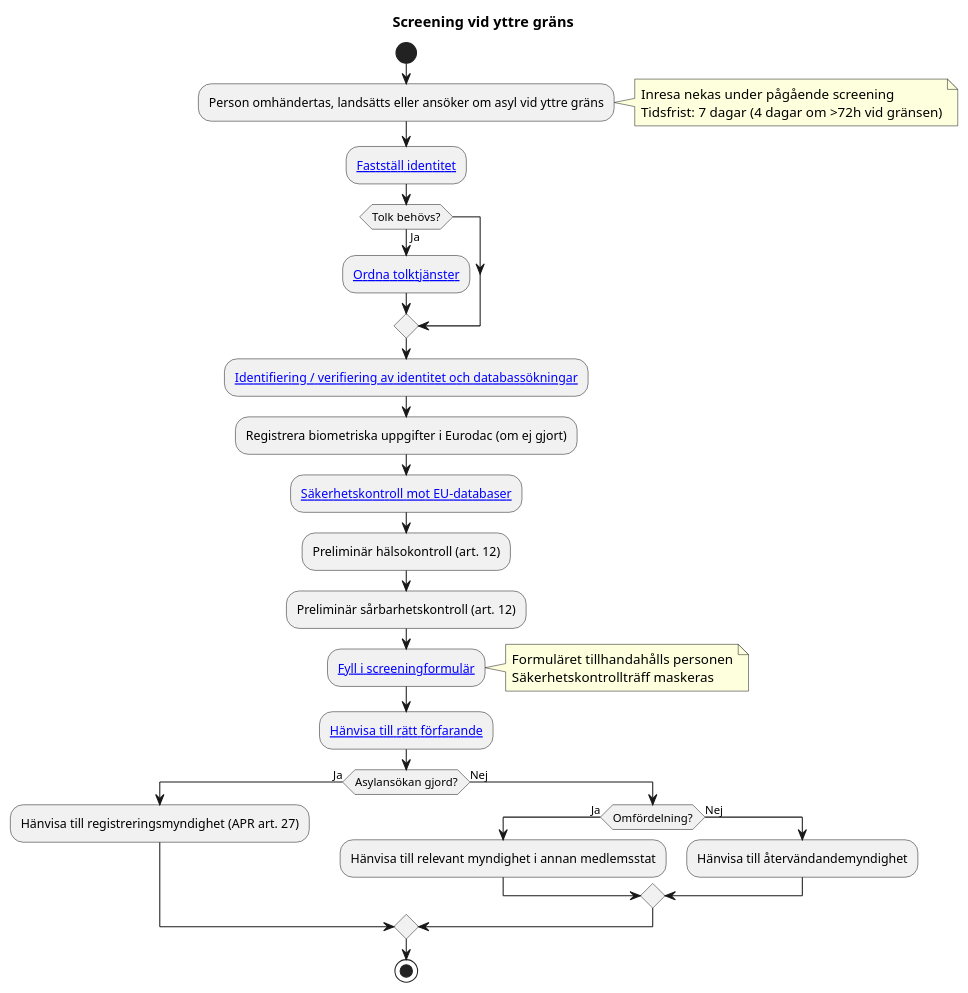
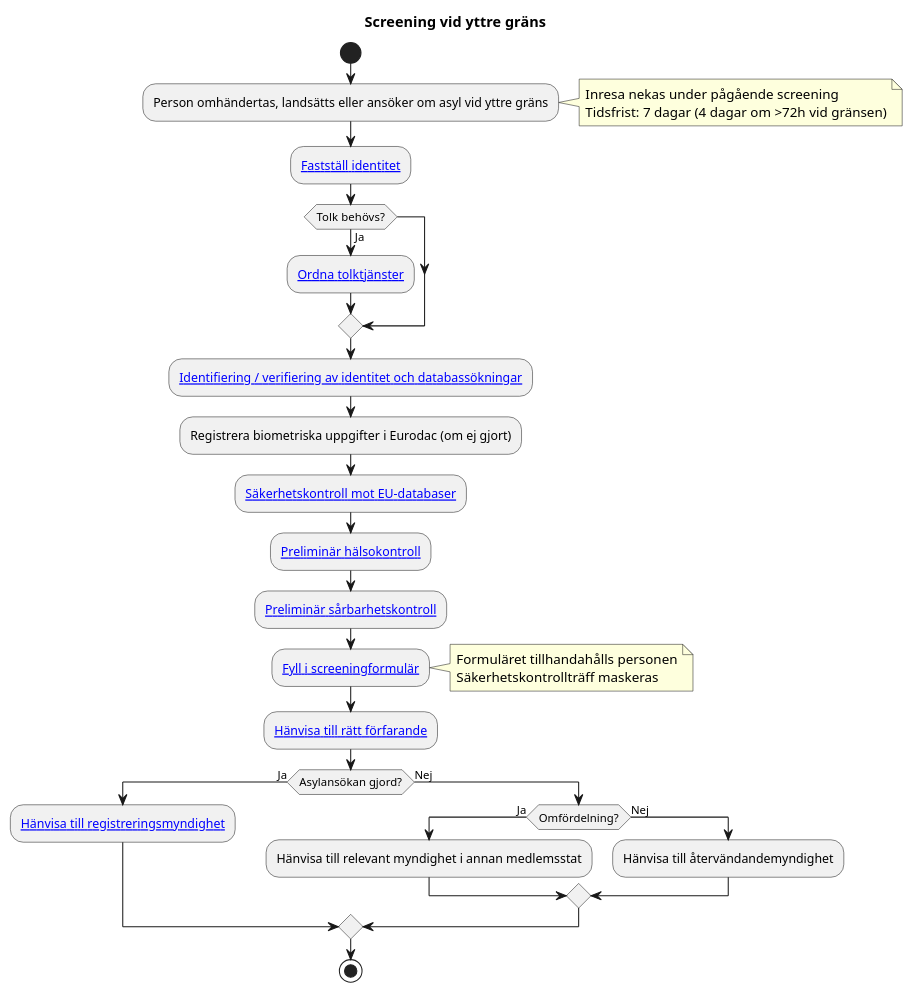
Before and after one commit to chrhe894/migration_pact: the diagram in domains/screening/diagrams/screening-at-external-border.pu, drawn with PlantUML. The commit also changed 18 other files, not shown here.

Commit message:
Better links in diagrams

```diff
--- a/domains/screening/diagrams/screening-at-external-border.pu
+++ b/domains/screening/diagrams/screening-at-external-border.pu
@@ -17,61 +17,61 @@
 @startuml screening-at-external-border
 
 title Screening vid yttre gräns
 
 start
 
 :Person omhändertas, landsätts eller ansöker om asyl vid yttre gräns;
 
 note right
   Inresa nekas under pågående screening
   Tidsfrist: 7 dagar (4 dagar om >72h vid gränsen)
 end note
 
 :[[../../../shared/identity/activities/verify-identity.md Fastställ identitet]];
 
 if (Tolk behövs?) then (Ja)
 
     :[[../../../shared/interpreters/activities/determine-interpreter-needs.md Ordna tolktjänster]];
 
 endif
 
 :[[../rules/rule-scr-014-001.md Identifiering / verifiering av identitet och databassökningar]];
 
 :Registrera biometriska uppgifter i Eurodac (om ej gjort);
 
 :[[../rules/rule-scr-015-001.md Säkerhetskontroll mot EU-databaser]];
 
-:Preliminär hälsokontroll (art. 12);
+:[[../articles/scr-012.md Preliminär hälsokontroll]];
 
-:Preliminär sårbarhetskontroll (art. 12);
+:[[../articles/scr-012.md Preliminär sårbarhetskontroll]];
 
 :[[../rules/rule-scr-017-001.md Fyll i screeningformulär]];
 
 note right
   Formuläret tillhandahålls personen
   Säkerhetskontrollträff maskeras
 end note
 
 :[[../rules/rule-scr-018-001.md Hänvisa till rätt förfarande]];
 
 if (Asylansökan gjord?) then (Ja)
 
-    :Hänvisa till registreringsmyndighet (APR art. 27);
+    :[[../../../domains/registration/articles/apr-027.md Hänvisa till registreringsmyndighet]];
 
 else (Nej)
 
     if (Omfördelning?) then (Ja)
 
         :Hänvisa till relevant myndighet i annan medlemsstat;
 
     else (Nej)
 
         :Hänvisa till återvändandemyndighet;
 
     endif
 
 endif
 
 stop
 
 @enduml
```
